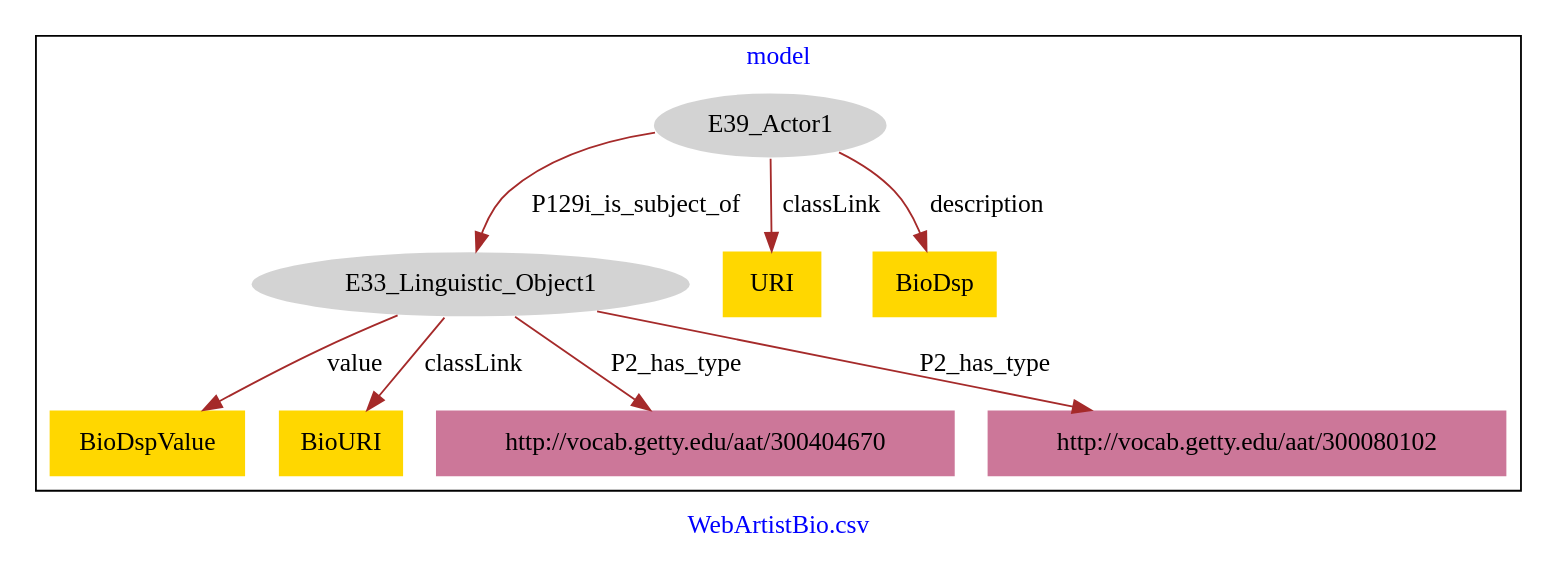
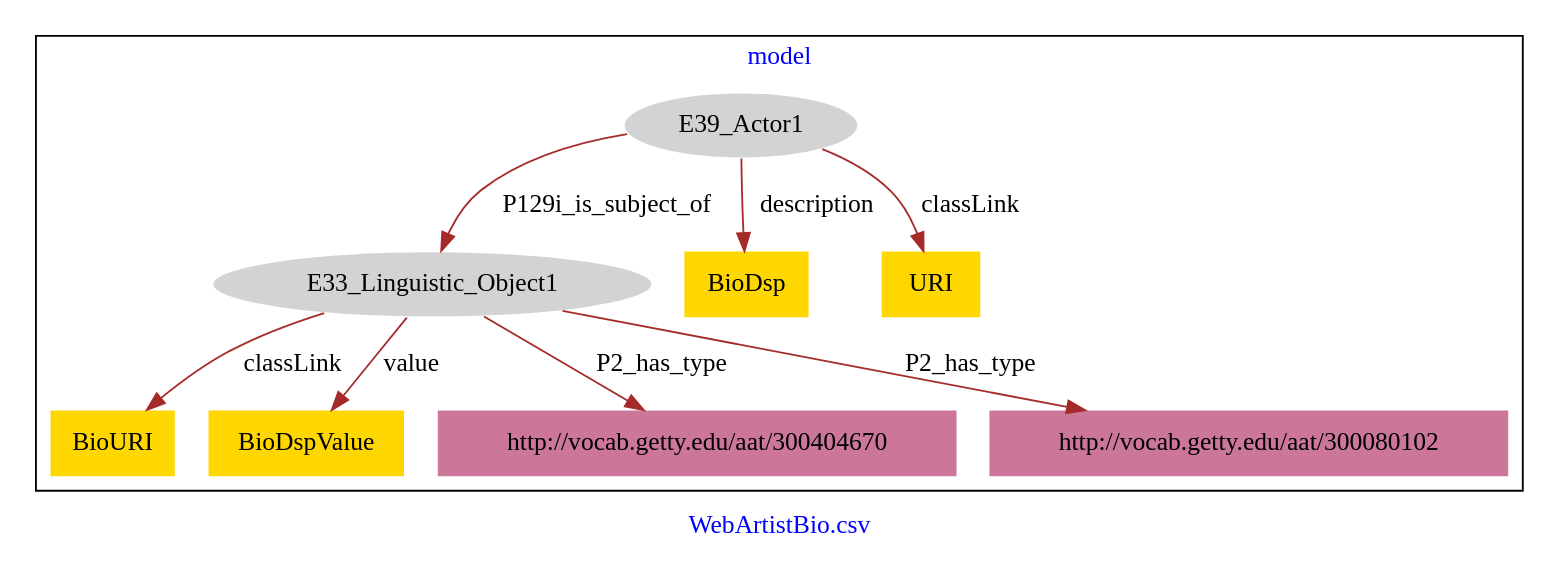
Before and after one commit to american-art/SAAM: the diagram in Artist/WebArtistBio-model.dot, drawn with Graphviz.

Commit message:
Update file WebArtistBio-model.dot

```diff
--- a/Artist/WebArtistBio-model.dot
+++ b/Artist/WebArtistBio-model.dot
@@ -1,23 +1,23 @@
 digraph n0 {
 fontcolor="blue"
 remincross="true"
 label="WebArtistBio.csv"
 subgraph cluster {
 label="model"
 n2[style="filled",color="white",fillcolor="lightgray",label="E39_Actor1"];
 n3[style="filled",color="white",fillcolor="lightgray",label="E33_Linguistic_Object1"];
-n4[shape="plaintext",style="filled",fillcolor="gold",label="BioDspValue"];
-n5[shape="plaintext",style="filled",fillcolor="gold",label="URI"];
-n6[shape="plaintext",style="filled",fillcolor="gold",label="BioDsp"];
-n7[shape="plaintext",style="filled",fillcolor="gold",label="BioURI"];
+n4[shape="plaintext",style="filled",fillcolor="gold",label="BioDsp"];
+n5[shape="plaintext",style="filled",fillcolor="gold",label="BioURI"];
+n6[shape="plaintext",style="filled",fillcolor="gold",label="BioDspValue"];
+n7[shape="plaintext",style="filled",fillcolor="gold",label="URI"];
 n8[shape="plaintext",style="filled",fillcolor="#CC7799",label="http://vocab.getty.edu/aat/300404670"];
 n9[shape="plaintext",style="filled",fillcolor="#CC7799",label="http://vocab.getty.edu/aat/300080102"];
 }
 n2 -> n3[color="brown",fontcolor="black",label="P129i_is_subject_of"]
-n3 -> n4[color="brown",fontcolor="black",label="value"]
-n2 -> n5[color="brown",fontcolor="black",label="classLink"]
-n2 -> n6[color="brown",fontcolor="black",label="description"]
-n3 -> n7[color="brown",fontcolor="black",label="classLink"]
+n2 -> n4[color="brown",fontcolor="black",label="description"]
+n3 -> n5[color="brown",fontcolor="black",label="classLink"]
+n3 -> n6[color="brown",fontcolor="black",label="value"]
+n2 -> n7[color="brown",fontcolor="black",label="classLink"]
 n3 -> n8[color="brown",fontcolor="black",label="P2_has_type"]
 n3 -> n9[color="brown",fontcolor="black",label="P2_has_type"]
 }
```
